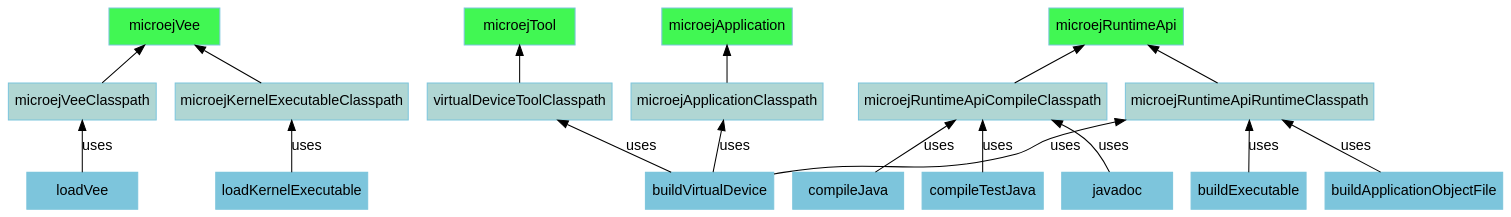
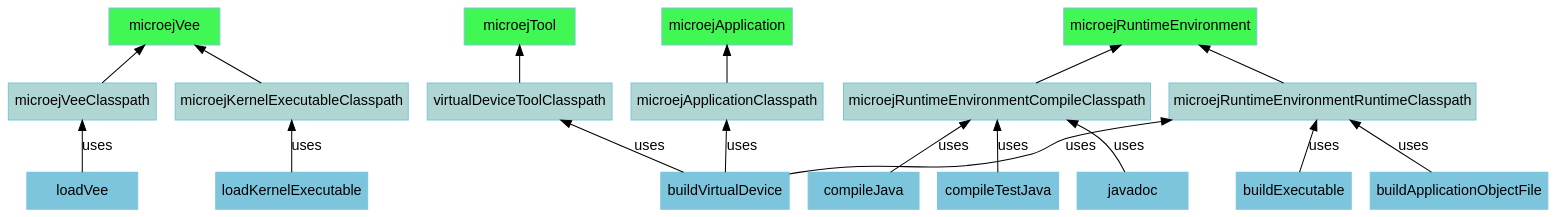
One commit to MicroEJ/docs changed the diagram in SDK6UserGuide/appendix/graphConfigurations.dot. Above: the diagram before and after it, drawn with Graphviz. The commit also changed 8 other files, not shown here.

Commit message:
use 'Runtime Environment' term instead of 'Runtime API'

```diff
--- a/SDK6UserGuide/appendix/graphConfigurations.dot
+++ b/SDK6UserGuide/appendix/graphConfigurations.dot
@@ -1,40 +1,40 @@
 digraph mygraph {
     rankdir="BT";
     bgcolor="transparent"
     fontname="Helvetica,Arial,sans-serif"
     node [
         shape = box
         width = 1.5
         color = "#7dc5dc"
         style = filled
         fontname="Helvetica,Arial,sans-serif"
     ]
     edge [fontname="Helvetica,Arial,sans-serif"]
     "microejVee" [fillcolor = "#41f753"]
     "microejApplication" [fillcolor = "#41f753"]
     "microejTool" [fillcolor = "#41f753"]
-    "microejRuntimeApi" [fillcolor = "#41f753"]
+    "microejRuntimeEnvironment" [fillcolor = "#41f753"]
     "microejApplicationClasspath" [fillcolor = "#b0d6d3"]
     "microejVeeClasspath" [fillcolor = "#b0d6d3"]
     "microejKernelExecutableClasspath" [fillcolor = "#b0d6d3"]
     "virtualDeviceToolClasspath" [fillcolor = "#b0d6d3"]
-    "microejRuntimeApiCompileClasspath" [fillcolor = "#b0d6d3"]
-    "microejRuntimeApiRuntimeClasspath" [fillcolor = "#b0d6d3"]
+    "microejRuntimeEnvironmentCompileClasspath" [fillcolor = "#b0d6d3"]
+    "microejRuntimeEnvironmentRuntimeClasspath" [fillcolor = "#b0d6d3"]
 
     "loadVee" -> "microejVeeClasspath" [ label="uses" ]
     "microejVeeClasspath" -> "microejVee"
     "loadKernelExecutable" -> "microejKernelExecutableClasspath" [ label="uses" ]
     "microejKernelExecutableClasspath" -> "microejVee"
     "buildVirtualDevice" -> "microejApplicationClasspath" [ label="uses" ]
     "buildVirtualDevice" -> "virtualDeviceToolClasspath" [ label="uses" ]
     "microejApplicationClasspath" -> "microejApplication"
     "virtualDeviceToolClasspath" -> "microejTool"
-    "microejRuntimeApiCompileClasspath" -> "microejRuntimeApi"
-    "microejRuntimeApiRuntimeClasspath" -> "microejRuntimeApi"
-    "compileJava" -> "microejRuntimeApiCompileClasspath" [ label="uses" ]
-    "compileTestJava" -> "microejRuntimeApiCompileClasspath" [ label="uses" ]
-    "javadoc" -> "microejRuntimeApiCompileClasspath" [ label="uses" ]
-    "buildVirtualDevice" -> "microejRuntimeApiRuntimeClasspath" [ label="uses" ]
-    "buildApplicationObjectFile" -> "microejRuntimeApiRuntimeClasspath" [ label="uses" ]
-    "buildExecutable" -> "microejRuntimeApiRuntimeClasspath" [ label="uses" ]
+    "microejRuntimeEnvironmentCompileClasspath" -> "microejRuntimeEnvironment"
+    "microejRuntimeEnvironmentRuntimeClasspath" -> "microejRuntimeEnvironment"
+    "compileJava" -> "microejRuntimeEnvironmentCompileClasspath" [ label="uses" ]
+    "compileTestJava" -> "microejRuntimeEnvironmentCompileClasspath" [ label="uses" ]
+    "javadoc" -> "microejRuntimeEnvironmentCompileClasspath" [ label="uses" ]
+    "buildVirtualDevice" -> "microejRuntimeEnvironmentRuntimeClasspath" [ label="uses" ]
+    "buildApplicationObjectFile" -> "microejRuntimeEnvironmentRuntimeClasspath" [ label="uses" ]
+    "buildExecutable" -> "microejRuntimeEnvironmentRuntimeClasspath" [ label="uses" ]
 }
```
